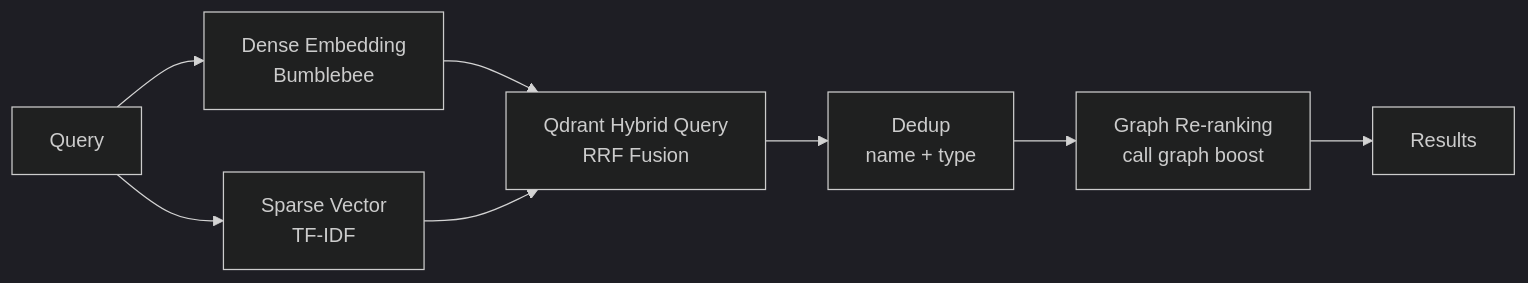
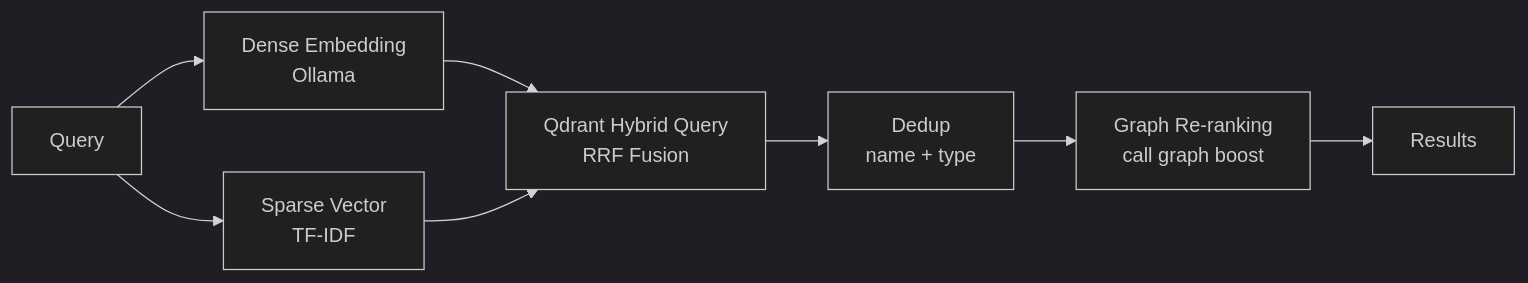
The second of 4 diagrams in README.md (iksnerd/code-nexus), drawn with Mermaid (dark theme) before and after one commit. The commit also changed other lines of this file and 1 other file, not shown here.

First line of the commit message:
Fix stale README: Bumblebee→Ollama, fresh benchmarks, add Ruby support

````diff
--- a/README.md
+++ b/README.md
@@ -126,9 +126,9 @@
 ```mermaid
 graph LR
-    Q["Query"] --> DE["Dense Embedding<br/>Bumblebee"]
+    Q["Query"] --> DE["Dense Embedding<br/>Ollama"]
     Q --> SE["Sparse Vector<br/>TF-IDF"]
     DE & SE --> HQ["Qdrant Hybrid Query<br/>RRF Fusion"]
     HQ --> DD["Dedup<br/>name + type"]
     DD --> GR["Graph Re-ranking<br/>call graph boost"]
     GR --> R["Results"]
 ```
````
